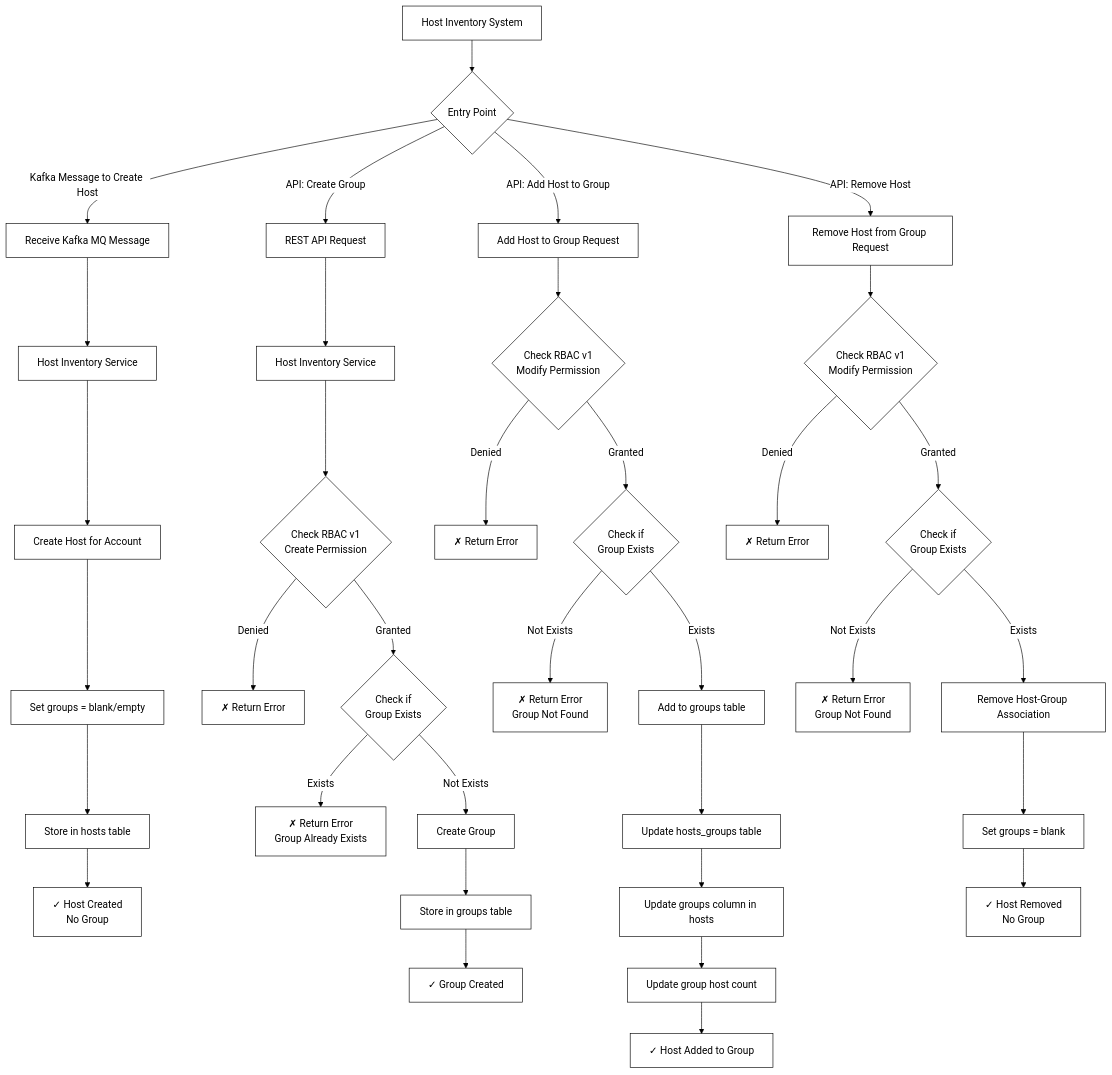
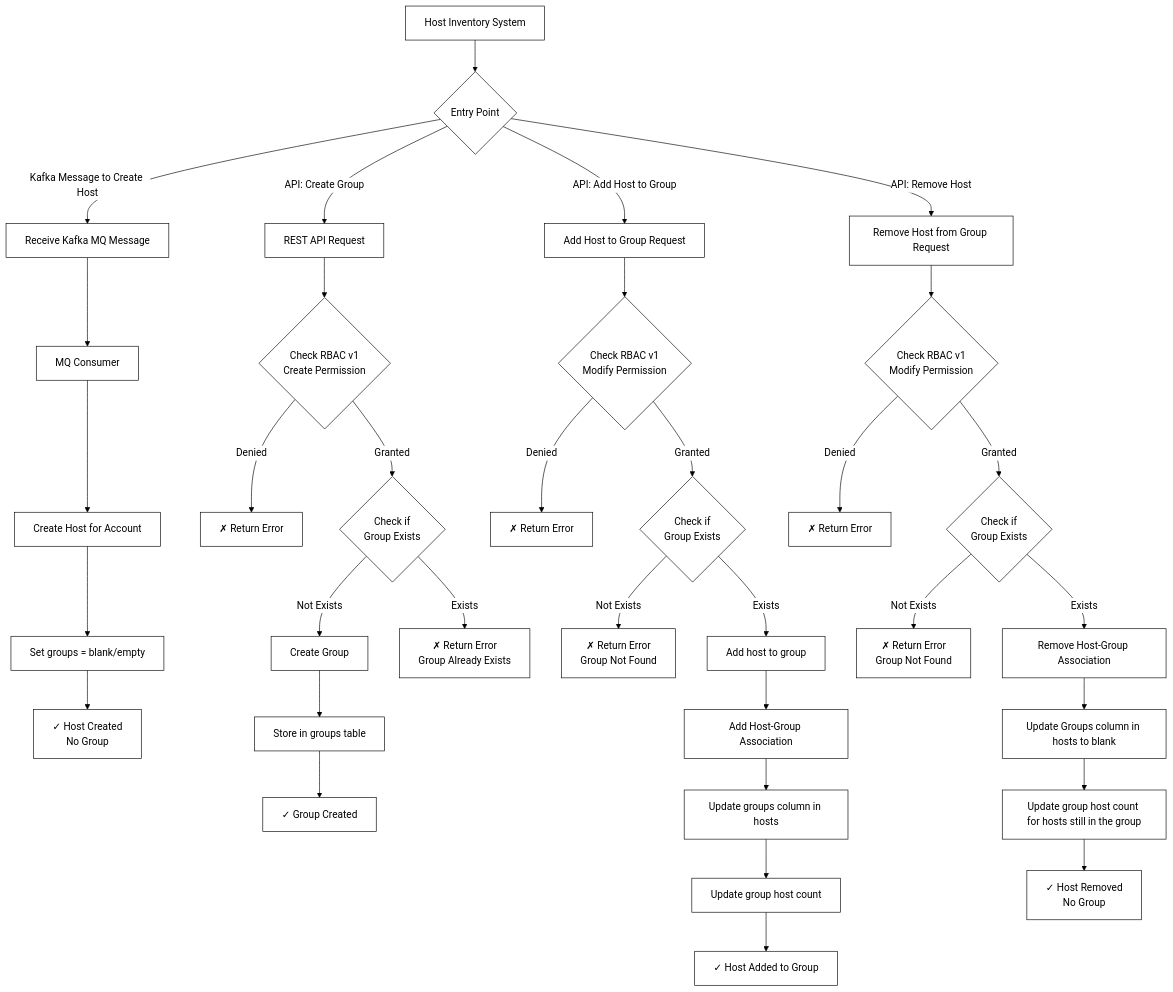
The second of 4 diagrams in docs/kessel-effects-combined.md (RedHatInsights/insights-host-inventory), drawn with Mermaid before and after one commit. The commit also changed other lines of this file, not shown here.

````diff
--- a/docs/kessel-effects-combined.md
+++ b/docs/kessel-effects-combined.md
@@ -44,48 +43,47 @@
 ```mermaid
 %%{init: {'theme':'base', 'themeVariables': { 'primaryColor':'#ffffff','primaryTextColor':'#000000','primaryBorderColor':'#000000','lineColor':'#000000','secondaryColor':'#ffffff','tertiaryColor':'#ffffff','clusterBkg':'#ffffff','clusterBorder':'#000000','titleColor':'#000000','edgeLabelBackground':'#ffffff','nodeTextColor':'#000000'}}}%%
 flowchart TD
     Start[Host Inventory System]
     Start --> Entry{Entry Point}
 
     Entry -->|Kafka Message to Create Host| HC1[Receive Kafka MQ Message]
     Entry -->|API: Create Group| GC1[REST API Request]
     Entry -->|API: Add Host to Group| HG1[Add Host to Group Request]
     Entry -->|API: Remove Host| RG1[Remove Host from Group Request]
 
     %% Host Creation Flow
-    HC1 --> HC2[Host Inventory Service]
+    HC1 --> HC2[MQ Consumer]
     HC2 --> HC3[Create Host for Account]
     HC3 --> HC4[Set groups = blank/empty]
-    HC4 --> HC5[Store in hosts table]
-    HC5 --> HC6[✓ Host Created<br/>No Group]
+    HC4 --> HC5[✓ Host Created<br/>No Group]
 
     %% Group Creation Flow
-    GC1 --> GC2[Host Inventory Service]
-    GC2 --> GC3{Check RBAC v1<br/>Create Permission}
+    GC1 --> GC3{Check RBAC v1<br/>Create Permission}
     GC3 -->|Denied| GC4[✗ Return Error]
     GC3 -->|Granted| GC5{Check if<br/>Group Exists}
+    GC5 -->|Not Exists| GC6[Create Group]
     GC5 -->|Exists| GC8[✗ Return Error<br/>Group Already Exists]
-    GC5 -->|Not Exists| GC6[Create Group]
     GC6 --> GC7[Store in groups table]
     GC7 --> GC9[✓ Group Created]
 
     %% Add Host to Group Flow
     HG1 --> HG2{Check RBAC v1<br/>Modify Permission}
     HG2 -->|Denied| HG3[✗ Return Error]
     HG2 -->|Granted| HG4{Check if<br/>Group Exists}
     HG4 -->|Not Exists| HG9[✗ Return Error<br/>Group Not Found]
-    HG4 -->|Exists| HG5[Add to groups table]
-    HG5 --> HG6[Update hosts_groups table]
+    HG4 -->|Exists| HG5[Add host to group]
+    HG5 --> HG6[Add Host-Group Association]
     HG6 --> HG7[Update groups column in hosts]
     HG7 --> HG8[Update group host count]
     HG8 --> HG10[✓ Host Added to Group]
 
     %% Remove Host from Group Flow
     RG1 --> RG2{Check RBAC v1<br/>Modify Permission}
     RG2 -->|Denied| RG7[✗ Return Error]
     RG2 -->|Granted| RG3{Check if<br/>Group Exists}
     RG3 -->|Not Exists| RG5[✗ Return Error<br/>Group Not Found]
     RG3 -->|Exists| RG4[Remove Host-Group Association]
-    RG4 --> RG5B[Set groups = blank]
-    RG5B --> RG6[✓ Host Removed<br/>No Group]
+    RG4 --> RG5B[Update Groups column in hosts to blank]    
+    RG5B --> RG6[Update group host count for hosts still in the group]    
+    RG6 --> RG7B[✓ Host Removed<br/>No Group]
 ```
````
